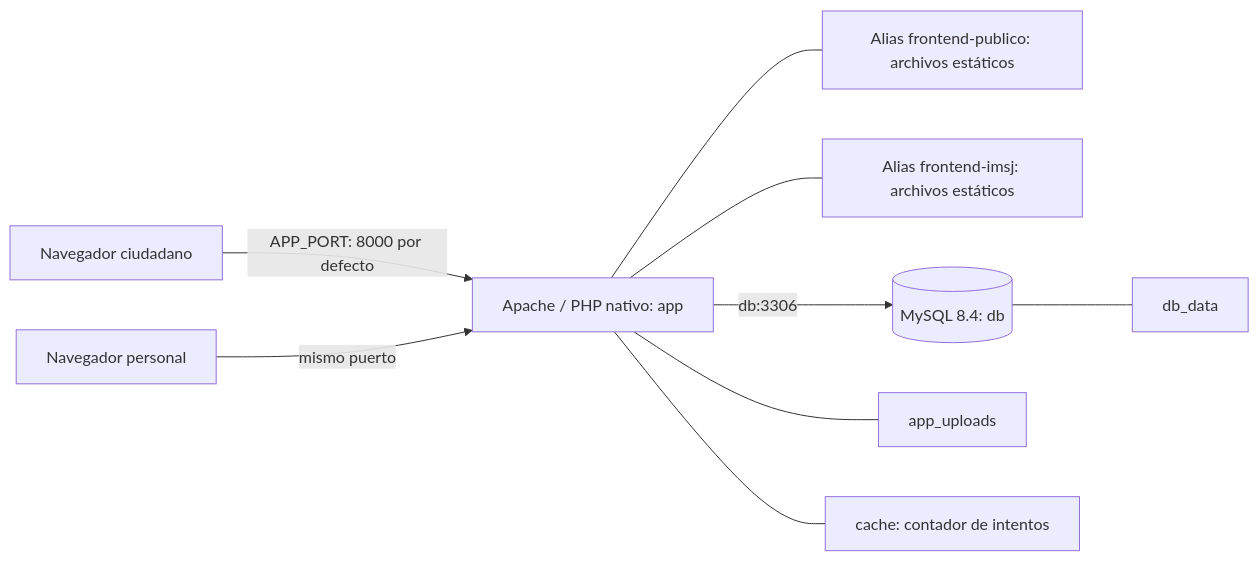
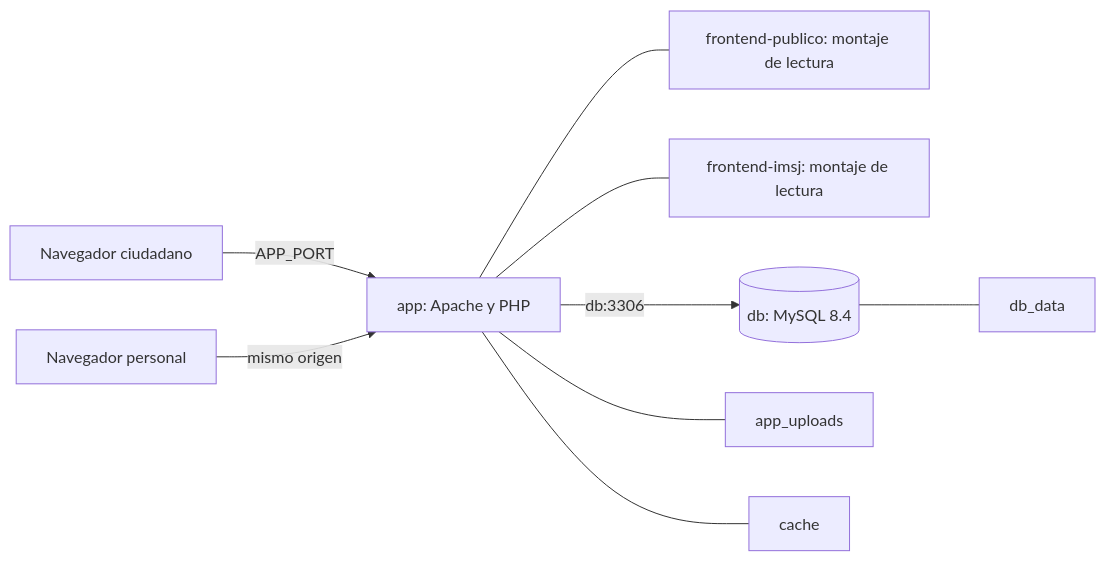
One commit to totito19/Proyecto-IMSJ changed the second of 2 diagrams in docs/administracion_ssoo/arquitectura_propuesta.md. Above: the diagram before and after it, drawn with Mermaid. The commit also changed other lines of this file and 38 other files, not shown here.

````diff
--- a/docs/administracion_ssoo/arquitectura_propuesta.md
+++ b/docs/administracion_ssoo/arquitectura_propuesta.md
@@ -26,11 +45,11 @@
 ```mermaid
 flowchart LR
-    Ciudadania[Navegador ciudadano] -->|APP_PORT: 8000 por defecto| App[Apache / PHP nativo: app]
-    Personal[Navegador personal] -->|mismo puerto| App
-    App --- Publico[Alias frontend-publico: archivos estáticos]
-    App --- Panel[Alias frontend-imsj: archivos estáticos]
-    App -->|db:3306| DB[(MySQL 8.4: db)]
+    Ciudadania[Navegador ciudadano] -->|APP_PORT| App[app: Apache y PHP]
+    Personal[Navegador personal] -->|mismo origen| App
+    App --- Portal[frontend-publico: montaje de lectura]
+    App --- Panel[frontend-imsj: montaje de lectura]
+    App -->|db:3306| DB[(db: MySQL 8.4)]
     DB --- Datos[db_data]
     App --- Archivos[app_uploads]
-    App --- Cache[cache: contador de intentos]
+    App --- Cache[cache]
 ```
````
